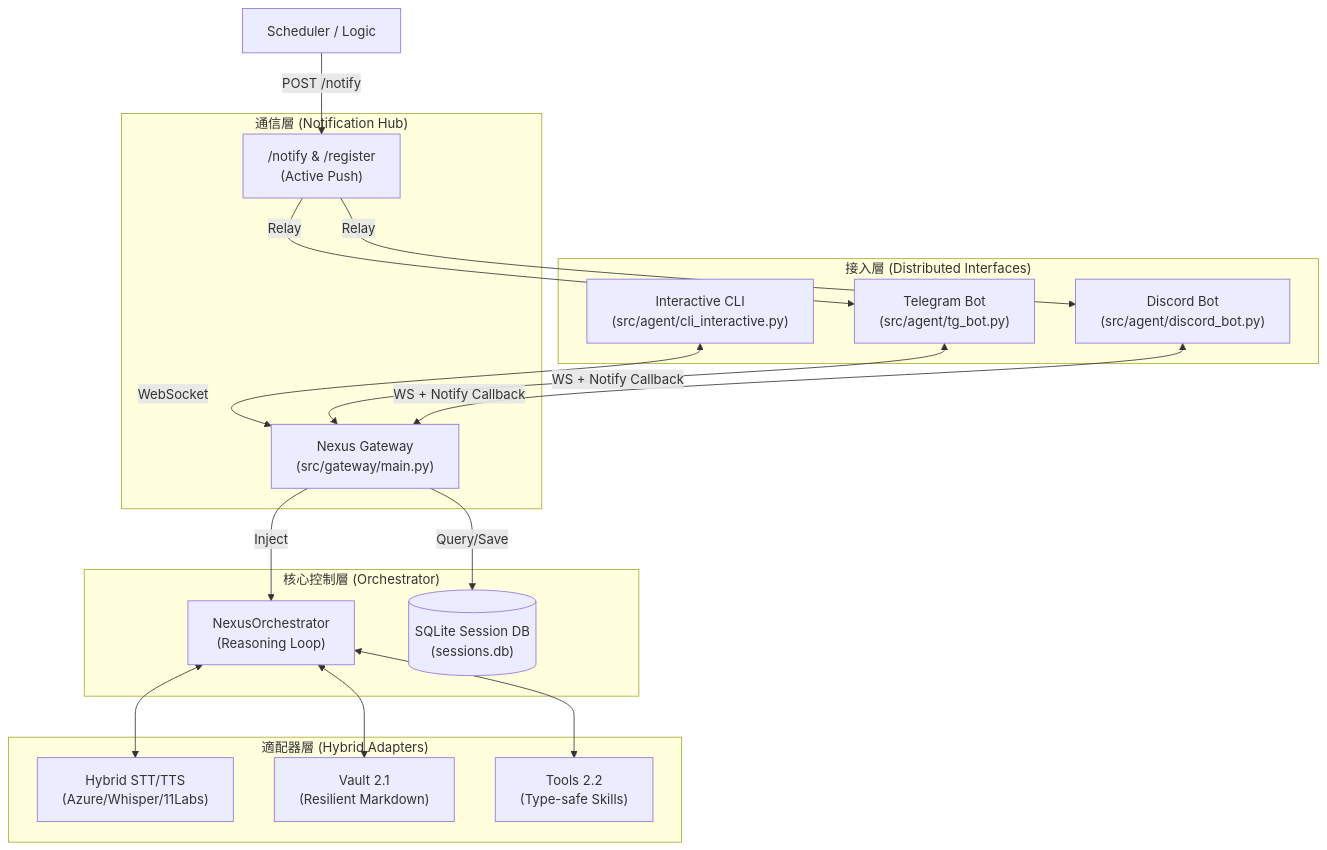
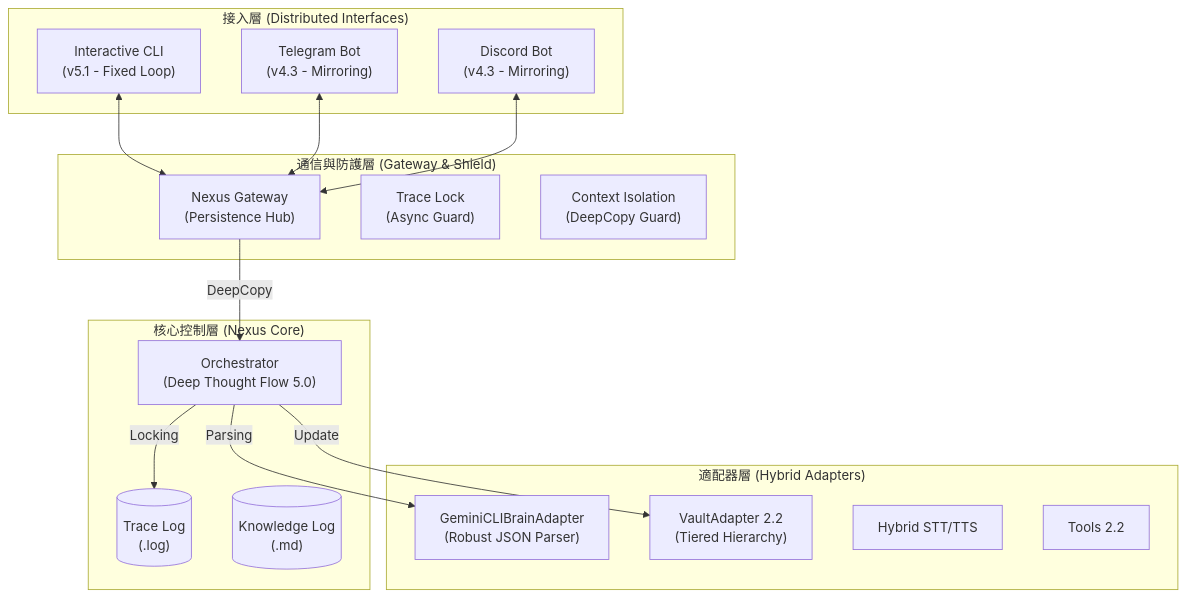
One commit to tori-kago/nexus changed the diagram in CURRENT_ARCHITECTURE.md. Above: the diagram before and after it, drawn with Mermaid. The commit also changed other lines of this file and 9 other files, not shown here.

````diff
--- a/CURRENT_ARCHITECTURE.md
+++ b/CURRENT_ARCHITECTURE.md
@@ -7,41 +7,37 @@
 ```mermaid
 graph TD
     subgraph "接入層 (Distributed Interfaces)"
-        CLI["Interactive CLI<br/>(src/agent/cli_interactive.py)"]
-        TG["Telegram Bot<br/>(src/agent/tg_bot.py)"]
-        DC["Discord Bot<br/>(src/agent/discord_bot.py)"]
+        CLI["Interactive CLI<br/>(v5.1 - Fixed Loop)"]
+        TG["Telegram Bot<br/>(v4.3 - Mirroring)"]
+        DC["Discord Bot<br/>(v4.3 - Mirroring)"]
     end
 
-    subgraph "通信層 (Notification Hub)"
-        Gateway["Nexus Gateway<br/>(src/gateway/main.py)"]
-        Notify_API["/notify & /register<br/>(Active Push)"]
+    subgraph "通信與防護層 (Gateway & Shield)"
+        Gateway["Nexus Gateway<br/>(Persistence Hub)"]
+        Concurrency_Lock["Trace Lock<br/>(Async Guard)"]
+        Deep_Copy["Context Isolation<br/>(DeepCopy Guard)"]
     end
 
-    subgraph "核心控制層 (Orchestrator)"
-        Flow_Manager["NexusOrchestrator<br/>(Reasoning Loop)"]
-        Session_DB[("SQLite Session DB<br/>(sessions.db)")]
+    subgraph "核心控制層 (Nexus Core)"
+        Orchestrator["Orchestrator<br/>(Deep Thought Flow 5.0)"]
+        Trace_Log[("Trace Log<br/>(.log)")]
+        Knowledge_Log[("Knowledge Log<br/>(.md)")]
     end
 
     subgraph "適配器層 (Hybrid Adapters)"
-        Senses["Hybrid STT/TTS<br/>(Azure/Whisper/11Labs)"]
-        Vault["Vault 2.1<br/>(Resilient Markdown)"]
-        Tools["Tools 2.2<br/>(Type-safe Skills)"]
+        Brain["GeminiCLIBrainAdapter<br/>(Robust JSON Parser)"]
+        Vault["VaultAdapter 2.2<br/>(Tiered Hierarchy)"]
+        Senses["Hybrid STT/TTS"]
+        Tools["Tools 2.2"]
     end
 
-    %% 請求流向
-    CLI <-->|WebSocket| Gateway
-    TG <-->|WS + Notify Callback| Gateway
-    DC <-->|WS + Notify Callback| Gateway
+    %% 資料流與防護
+    CLI <--> Gateway
+    TG <--> Gateway
+    DC <--> Gateway
     
-    Gateway -- "Query/Save" --> Session_DB
-    Gateway -- "Inject" --> Flow_Manager
-    
-    Flow_Manager <--> Senses
-    Flow_Manager <--> Vault
-    Flow_Manager <--> Tools
-
-    %% 主動通知流
-    External_Task["Scheduler / Logic"] -- "POST /notify" --> Notify_API
-    Notify_API -- "Relay" --> TG
-    Notify_API -- "Relay" --> DC
+    Gateway -- "DeepCopy" --> Orchestrator
+    Orchestrator -- "Locking" --> Trace_Log
+    Orchestrator -- "Parsing" --> Brain
+    Orchestrator -- "Update" --> Vault
 ```
````
